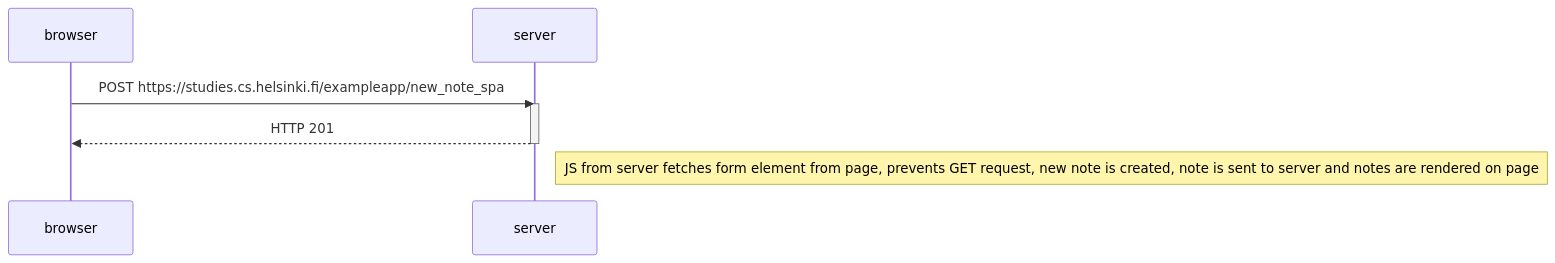
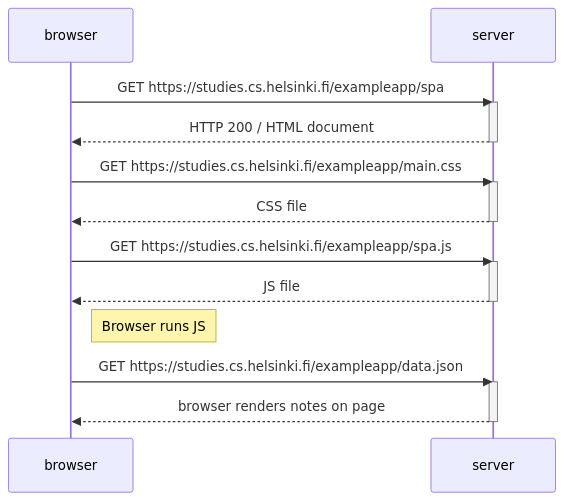
The diagram in part0/0.6_diagram.mmd (pagameri/Fullstack-Open-Uni), drawn with Mermaid before and after one commit. The commit also changed 1 other file, not shown here.

```diff
--- a/part0/0.6_diagram.mmd
+++ b/part0/0.6_diagram.mmd
@@ -1,10 +1,26 @@
 sequenceDiagram
 participant browser
 participant server
 
-    browser->>server: POST https://studies.cs.helsinki.fi/exampleapp/new_note_spa
+
+    browser->>server: GET https://studies.cs.helsinki.fi/exampleapp/spa
     activate server
-    server-->>browser: HTTP 201 
+    server-->>browser: HTTP 200 / HTML document
     deactivate server
 
-    Note right of server: JS from server fetches form element from page, prevents GET request, new note is created, note is sent to server and notes are rendered on page
+    browser->>server: GET https://studies.cs.helsinki.fi/exampleapp/main.css
+    activate server
+    server-->>browser: CSS file
+    deactivate server
+
+    browser->>server: GET https://studies.cs.helsinki.fi/exampleapp/spa.js
+    activate server
+    server-->>browser: JS file
+    deactivate server
+
+    Note right of browser: Browser runs JS 
+
+    browser->>server: GET https://studies.cs.helsinki.fi/exampleapp/data.json
+    activate server
+    server-->>browser: browser renders notes on page 
+    deactivate server
```
